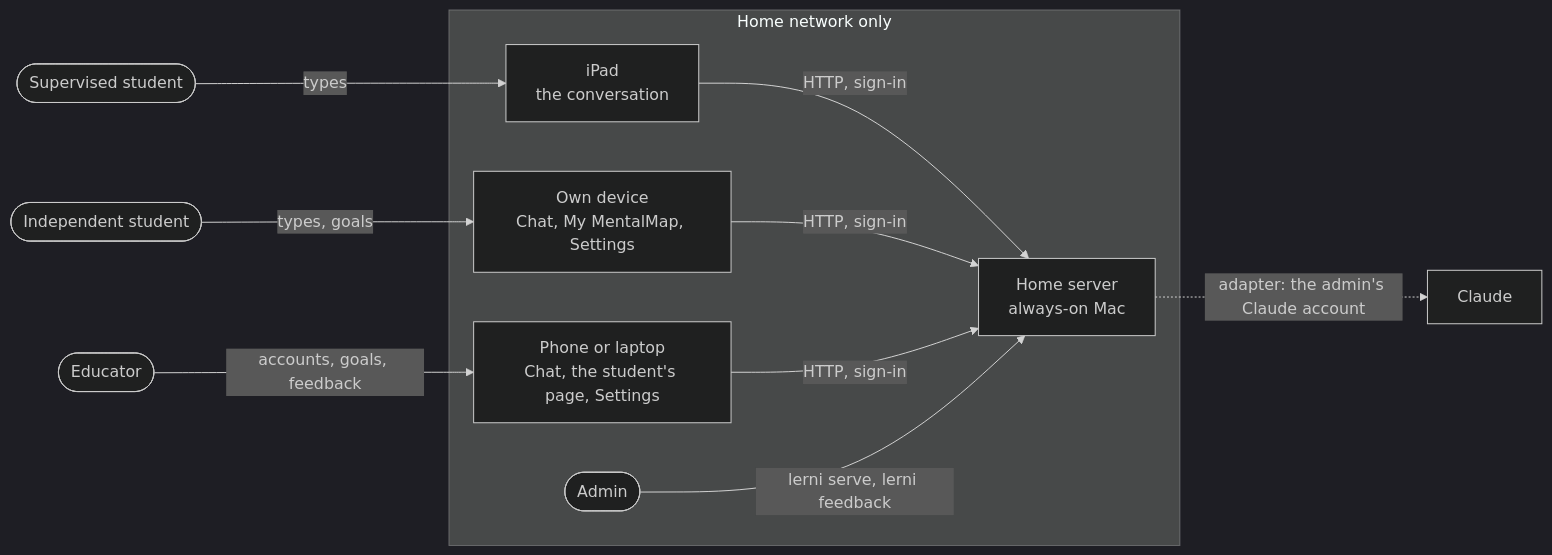
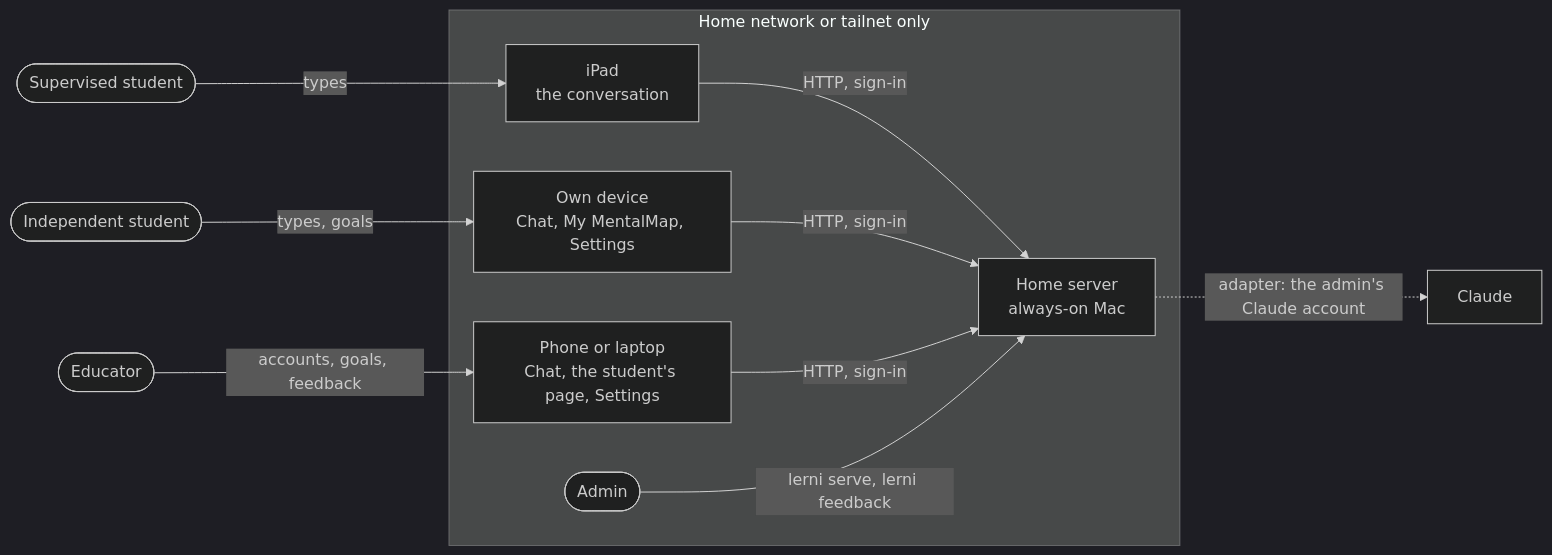
The first of 2 diagrams in docs/ARCHITECTURE.md (torenunez/lerni), drawn with Mermaid (dark theme) before and after one commit. The commit also changed other lines of this file and 4 other files, not shown here.

Commit message:
v4.10.1: home network or tailnet, never public, in the startup line and the architecture

````diff
--- a/docs/ARCHITECTURE.md
+++ b/docs/ARCHITECTURE.md
@@ -18,13 +18,13 @@
 ```mermaid
 flowchart LR
     student([Supervised student]) -- "types" --> ipad["iPad<br/>the conversation"]
     indep([Independent student]) -- "types, goals" --> idev["Own device<br/>Chat, My MentalMap, Settings"]
     educator([Educator]) -- "accounts, goals, feedback" --> edev["Phone or laptop<br/>Chat, the student's page, Settings"]
-    subgraph home[Home network only]
+    subgraph home[Home network or tailnet only]
         ipad -- "HTTP, sign-in" --> server["Home server<br/>always-on Mac"]
         idev -- "HTTP, sign-in" --> server
         edev -- "HTTP, sign-in" --> server
         admin([Admin]) -- "lerni serve, lerni feedback" --> server
     end
     server -. "adapter: the admin's Claude account" .-> ai[Claude]
 ```
````
